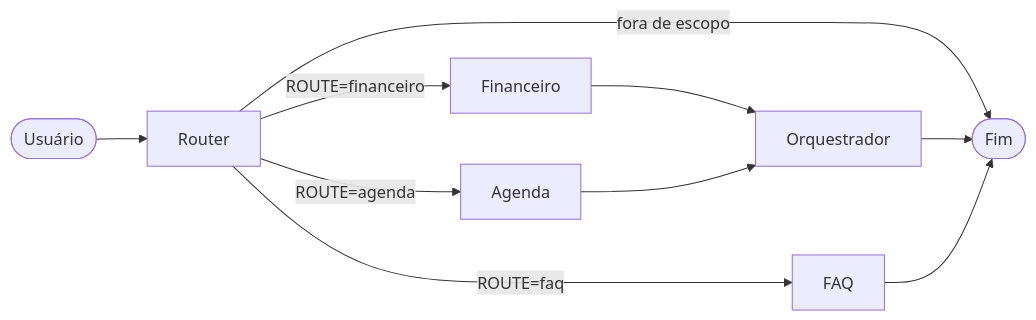
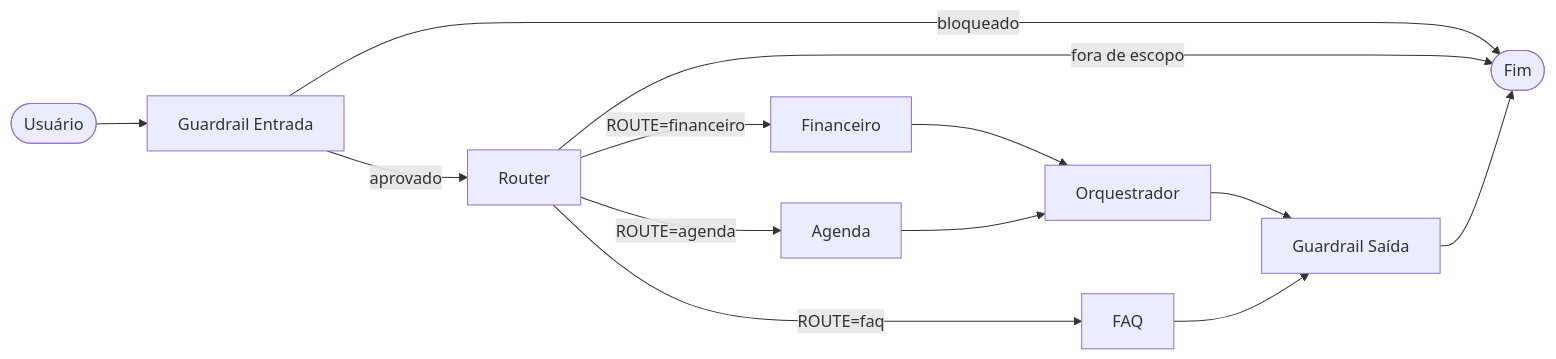
The diagram in README.md (DaviAlcanfor/assessor-ai), drawn with Mermaid before and after one commit. The commit also changed other lines of this file, not shown here.

First line of the commit message:
Update README with MongoDB and Guardrail details

````diff
--- a/README.md
+++ b/README.md
@@ -46,20 +47,25 @@
 ```mermaid
 flowchart LR
     U(["Usuário"])
+    GE["Guardrail Entrada"]
     R["Router"]
     F["Financeiro"]
     A["Agenda"]
     FAQ["FAQ"]
     O["Orquestrador"]
+    GS["Guardrail Saída"]
     E(["Fim"])
 
-    U --> R
+    U --> GE
+    GE -->|"bloqueado"| E
+    GE -->|"aprovado"| R
     R -->|"ROUTE=financeiro"| F
     R -->|"ROUTE=agenda"| A
     R -->|"ROUTE=faq"| FAQ
     R -->|"fora de escopo"| E
     F --> O
     A --> O
-    O --> E
-    FAQ --> E
+    O --> GS
+    FAQ --> GS
+    GS --> E
 ```
````
